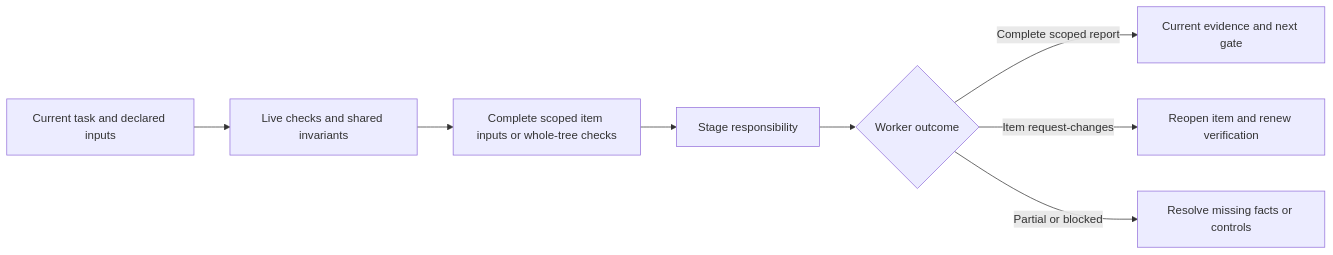
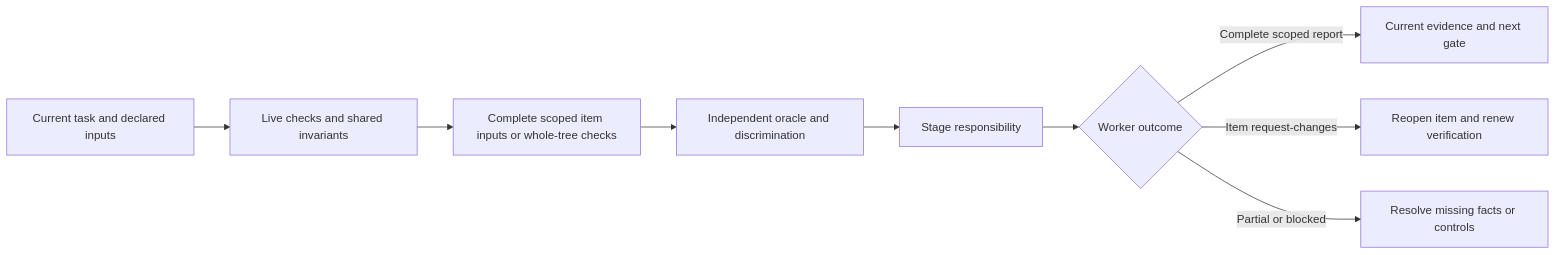
The diagram in skills/review-work/SKILL.md (wgentil/devflow), drawn with Mermaid before and after one commit. The commit also changed other lines of this file and 14 other files, not shown here.

Commit message:
feat: require independent test quality and owned discrimination evidence

````diff
--- a/skills/review-work/SKILL.md
+++ b/skills/review-work/SKILL.md
@@ -14,10 +16,11 @@
 ```mermaid
 flowchart LR
     Scope[Current task and declared inputs] --> Checks[Live checks and shared invariants]
     Checks --> Inputs[Complete scoped item inputs or whole-tree checks]
-    Inputs --> Work[Stage responsibility]
+    Inputs --> Quality[Independent oracle and discrimination]
+    Quality --> Work[Stage responsibility]
     Work --> Result{Worker outcome}
     Result -->|Complete scoped report| Evidence[Current evidence and next gate]
     Result -->|Item request-changes| Retry[Reopen item and renew verification]
     Result -->|Partial or blocked| Recover[Resolve missing facts or controls]
 ```
````
